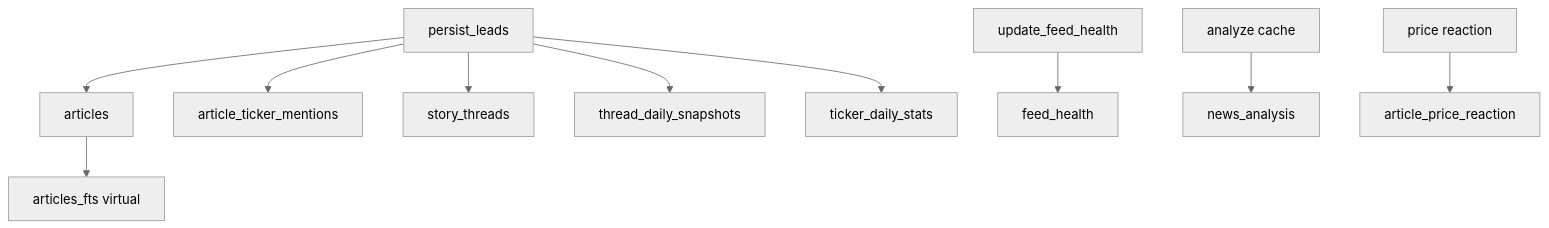
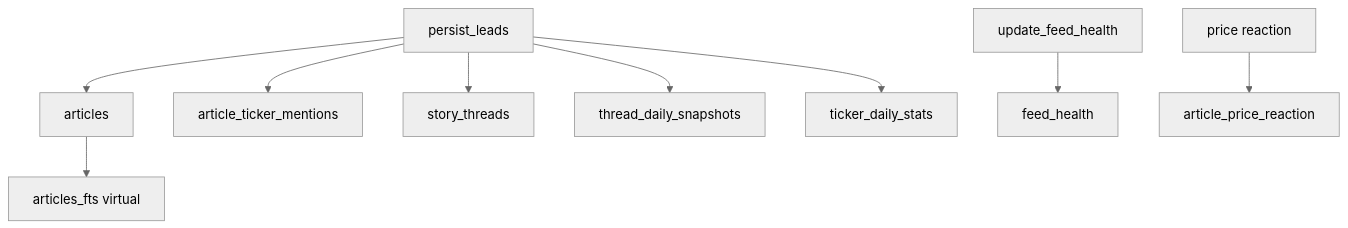
The diagram in vinu-components/vinu-news/docs/book/part-3-data/ch17-schema-catalog.md (vinayakas1997/my-trading-work-3), drawn with Mermaid (neutral theme) before and after one commit. The commit also changed other lines of this file and 137 other files, not shown here.

Commit message:
the testing and the news llm analysiosis comleetly removed

````diff
--- a/vinu-components/vinu-news/docs/book/part-3-data/ch17-schema-catalog.md
+++ b/vinu-components/vinu-news/docs/book/part-3-data/ch17-schema-catalog.md
@@ -23,12 +23,11 @@
 ```mermaid
 flowchart TD
   Persist[persist_leads] --> A[articles]
   Persist --> M[article_ticker_mentions]
   Persist --> ST[story_threads]
   Persist --> TDS[thread_daily_snapshots]
   Persist --> TDS2[ticker_daily_stats]
   Poll[update_feed_health] --> FH[feed_health]
-  LLM[analyze cache] --> NA[news_analysis]
   Price[price reaction] --> APR[article_price_reaction]
   A --> FTS[articles_fts virtual]
 ```
````
